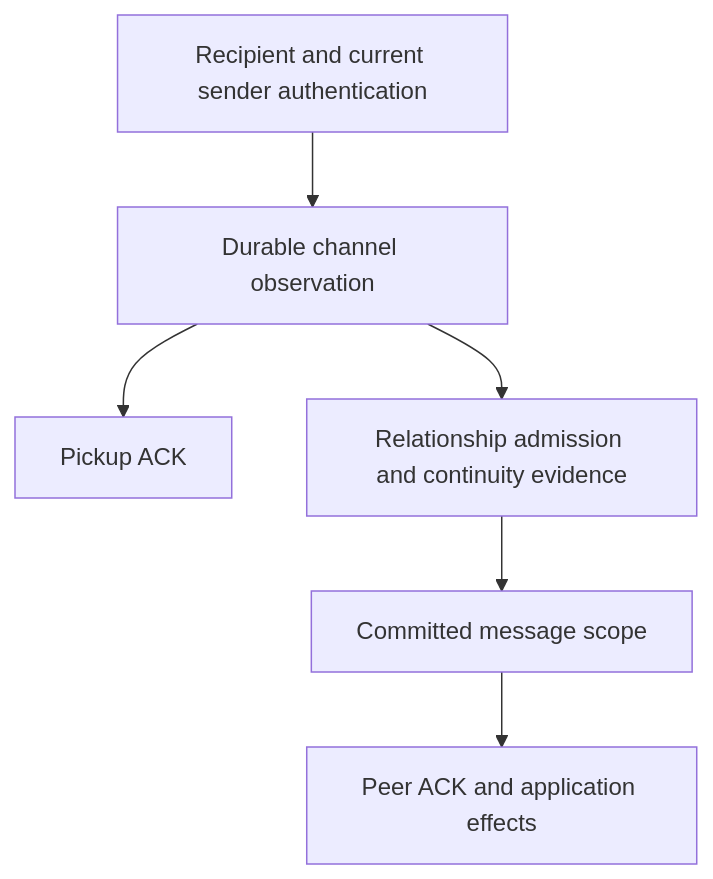
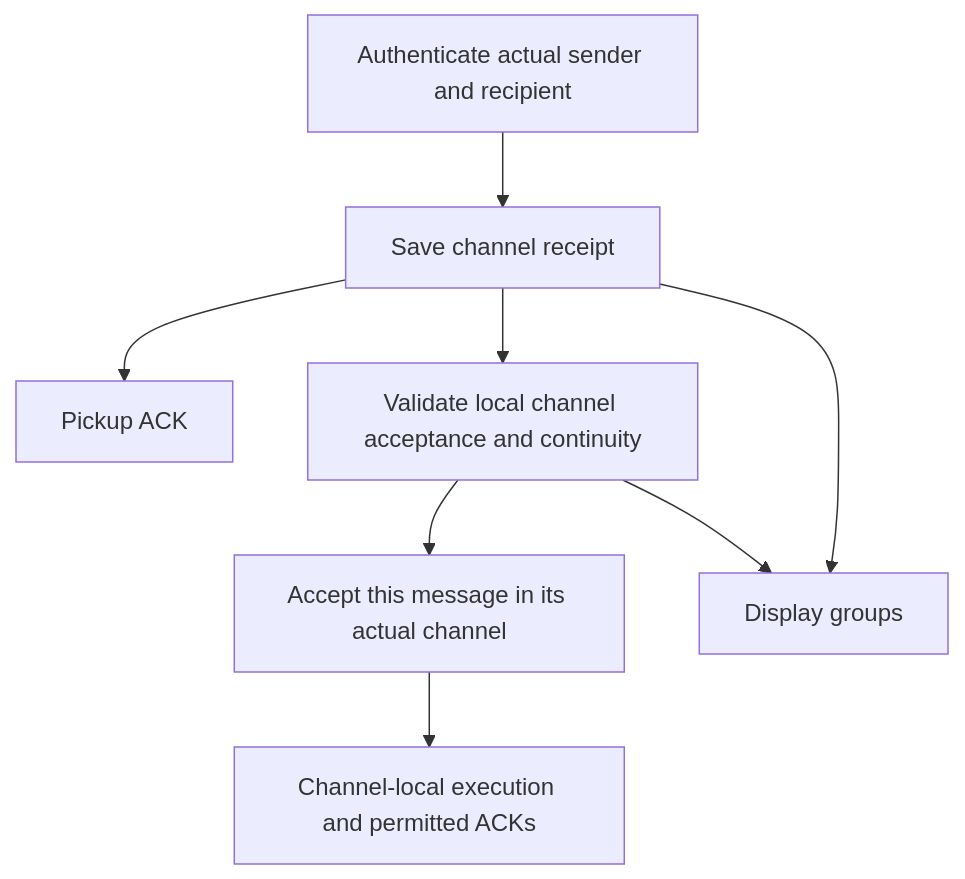
One commit to estoc-net/estoc changed the first of 2 diagrams in docs/replica-model/channels.md. Above: the diagram before and after it, drawn with Mermaid. The commit also changed other lines of this file and 8 other files, not shown here.

````diff
--- a/docs/replica-model/channels.md
+++ b/docs/replica-model/channels.md
@@ -28,8 +28,10 @@
 ```mermaid
 flowchart TD
-    A[Recipient and current sender authentication] --> B[Durable channel observation]
+    A[Authenticate actual sender and recipient] --> B[Save channel receipt]
     B --> C[Pickup ACK]
-    B --> D[Relationship admission and continuity evidence]
-    D --> E[Committed message scope]
-    E --> F[Peer ACK and application effects]
+    B --> D[Validate local channel acceptance and continuity]
+    D --> E[Accept this message in its actual channel]
+    E --> F[Channel-local execution and permitted ACKs]
+    B --> G[Display groups]
+    D --> G
 ```
````
